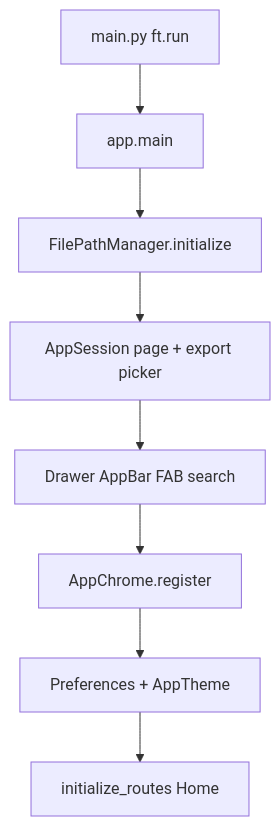
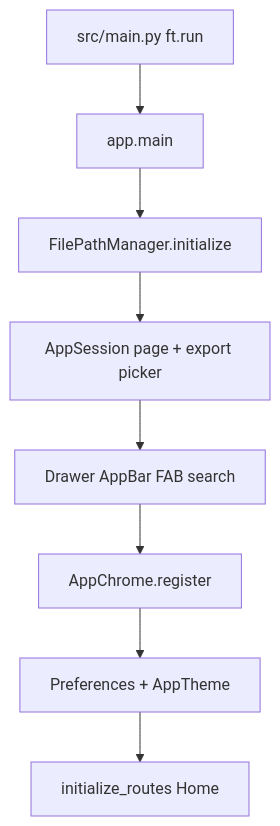
The diagram in docs/architecture/startup.md (BartoszKog/my-first-learning-app), drawn with Mermaid before and after one commit. The commit also changed other lines of this file and 55 other files, not shown here.

Commit message:
refactor: adopt src/ layout for Flet app packaging

````diff
--- a/docs/architecture/startup.md
+++ b/docs/architecture/startup.md
@@ -11,10 +11,10 @@
 ```mermaid
 flowchart TD
-    Run[main.py ft.run] --> Main[app.main]
+    Run[src/main.py ft.run] --> Main[app.main]
     Main --> Paths[FilePathManager.initialize]
     Paths --> Session[AppSession page + export picker]
     Session --> ChromeUI[Drawer AppBar FAB search]
     ChromeUI --> Register[AppChrome.register]
     Register --> Theme[Preferences + AppTheme]
     Theme --> Routes[initialize_routes Home]
 ```
````
